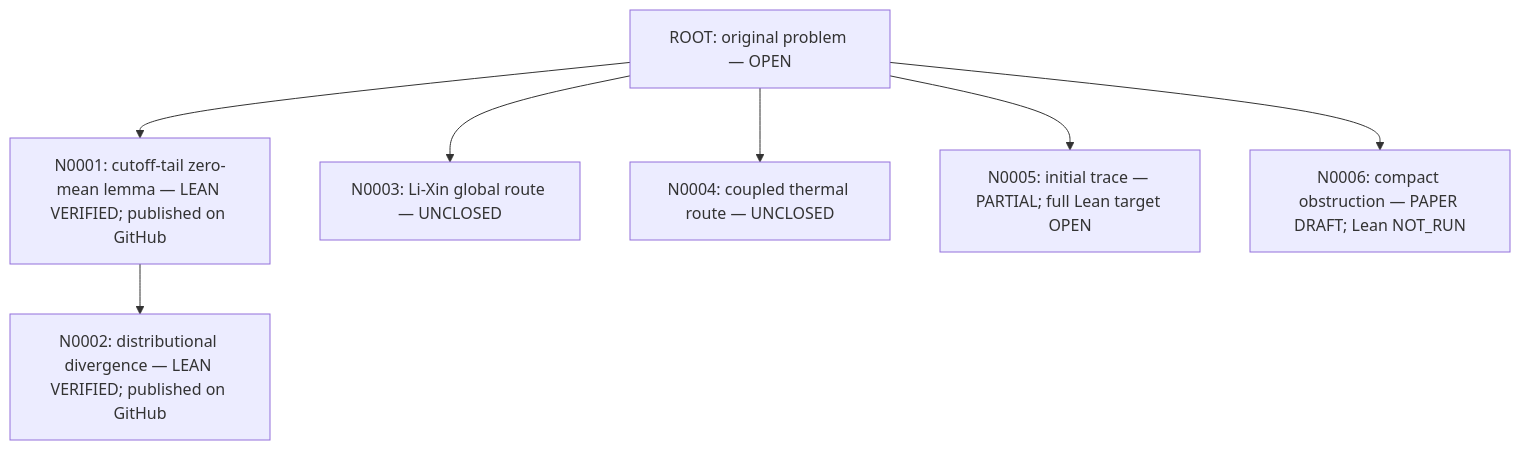
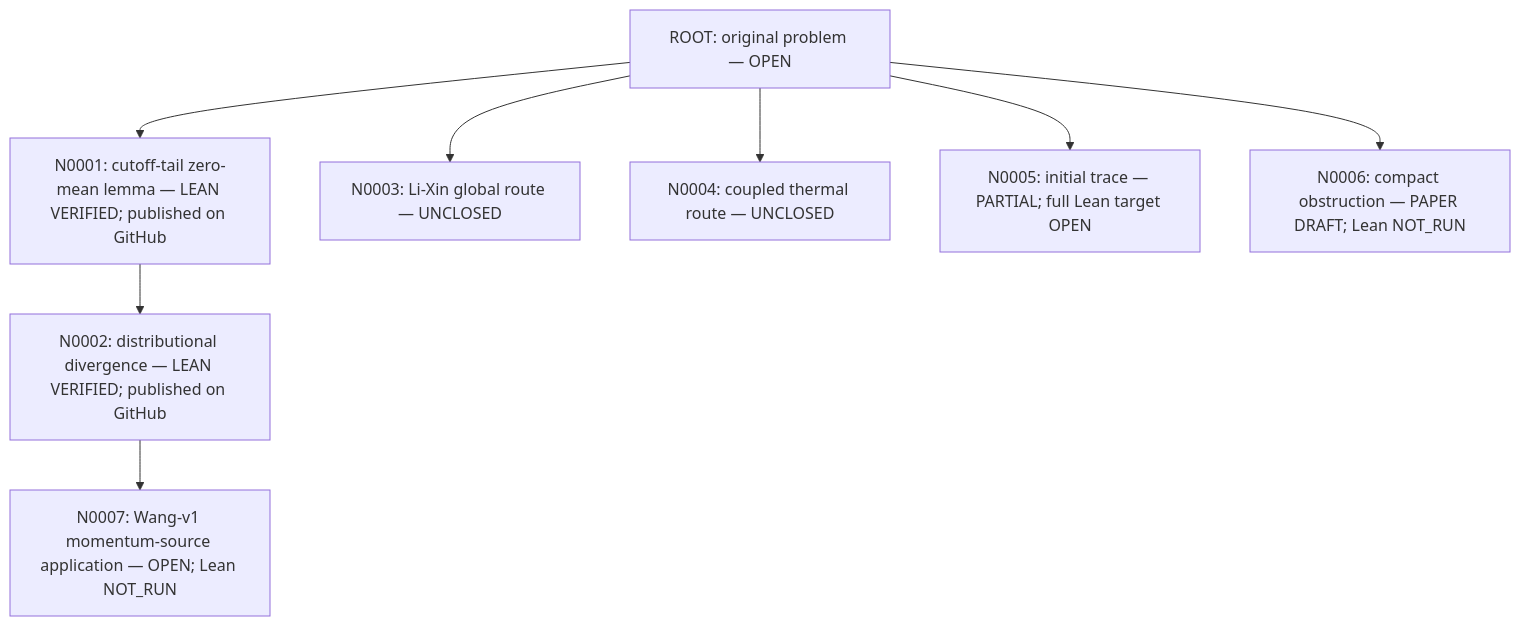
One commit to SongXin2357/xiong-fns-general-vacuum changed the diagram in README.md. Above: the diagram before and after it, drawn with Mermaid. The commit also changed 13 other files, not shown here.

Commit message:
Preregister Wang-v1 momentum application as N0007

````diff
--- a/README.md
+++ b/README.md
@@ -9,9 +9,10 @@
 ```mermaid
 flowchart TD
  ROOT["ROOT: original problem — OPEN"] --> N0001["N0001: cutoff-tail zero-mean lemma — LEAN VERIFIED; published on GitHub"]
  N0001 --> N0002["N0002: distributional divergence — LEAN VERIFIED; published on GitHub"]
+ N0002 --> N0007["N0007: Wang-v1 momentum-source application — OPEN; Lean NOT_RUN"]
  ROOT --> N0003["N0003: Li-Xin global route — UNCLOSED"]
  ROOT --> N0004["N0004: coupled thermal route — UNCLOSED"]
  ROOT --> N0005["N0005: initial trace — PARTIAL; full Lean target OPEN"]
  ROOT --> N0006["N0006: compact obstruction — PAPER DRAFT; Lean NOT_RUN"]
 ```
````
